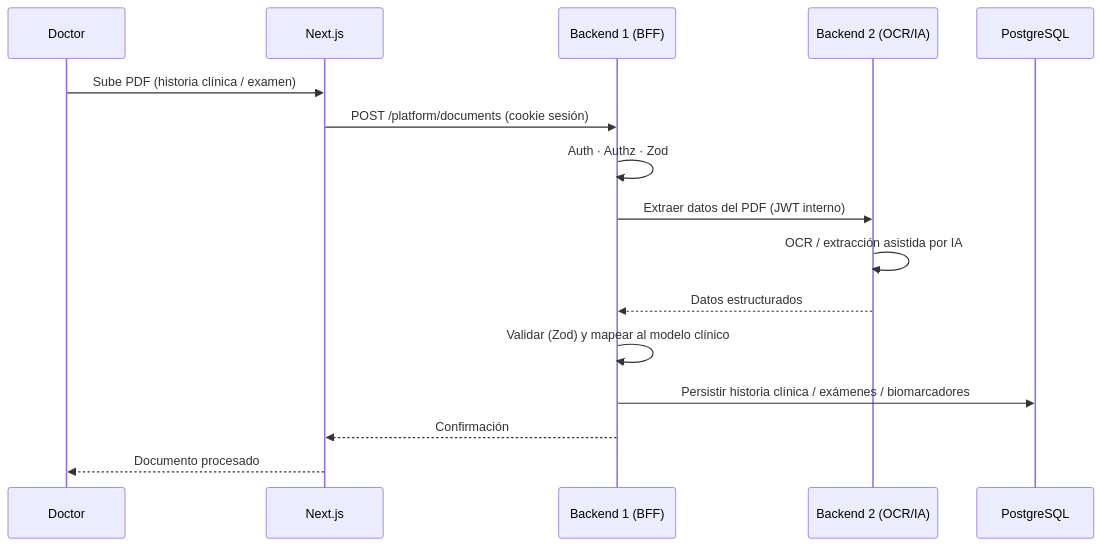
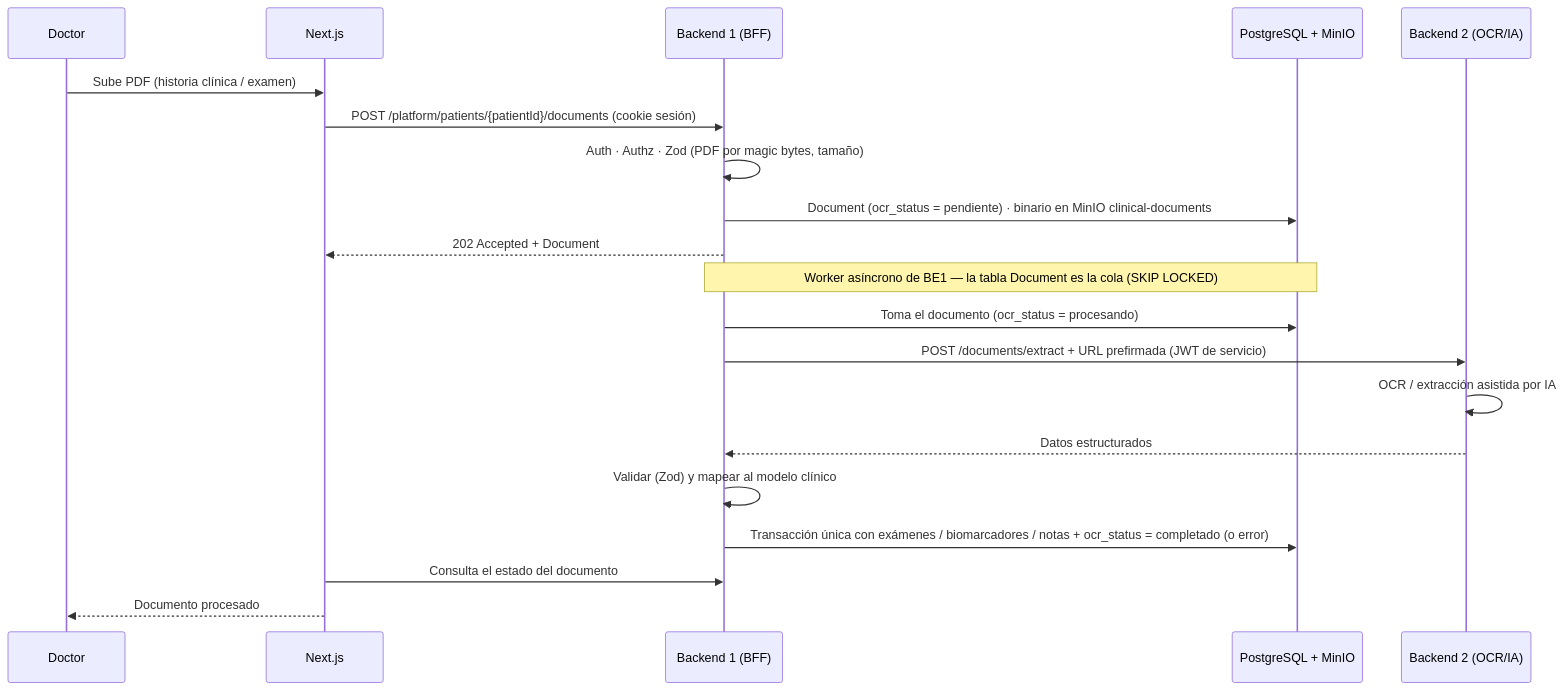
One commit to hatrickmario/OncoLens-Lab changed the second of 7 diagrams in readme.md. Above: the diagram before and after it, drawn with Mermaid. The commit also changed other lines of this file and 2 other files, not shown here.

````diff
--- a/readme.md
+++ b/readme.md
@@ -180,19 +180,23 @@
 ```mermaid
 sequenceDiagram
     participant D as Doctor
     participant FE as Next.js
     participant BE1 as Backend 1 (BFF)
+    participant PG as PostgreSQL + MinIO
     participant BE2 as Backend 2 (OCR/IA)
-    participant PG as PostgreSQL
 
     D->>FE: Sube PDF (historia clínica / examen)
-    FE->>BE1: POST /platform/documents (cookie sesión)
-    BE1->>BE1: Auth · Authz · Zod
-    BE1->>BE2: Extraer datos del PDF (JWT interno)
+    FE->>BE1: POST /platform/patients/{patientId}/documents (cookie sesión)
+    BE1->>BE1: Auth · Authz · Zod (PDF por magic bytes, tamaño)
+    BE1->>PG: Document (ocr_status = pendiente) · binario en MinIO clinical-documents
+    BE1-->>FE: 202 Accepted + Document
+    Note over BE1,PG: Worker asíncrono de BE1 — la tabla Document es la cola (SKIP LOCKED)
+    BE1->>PG: Toma el documento (ocr_status = procesando)
+    BE1->>BE2: POST /documents/extract + URL prefirmada (JWT de servicio)
     BE2->>BE2: OCR / extracción asistida por IA
     BE2-->>BE1: Datos estructurados
     BE1->>BE1: Validar (Zod) y mapear al modelo clínico
-    BE1->>PG: Persistir historia clínica / exámenes / biomarcadores
-    BE1-->>FE: Confirmación
+    BE1->>PG: Transacción única con exámenes / biomarcadores / notas + ocr_status = completado (o error)
+    FE->>BE1: Consulta el estado del documento
     FE-->>D: Documento procesado
 ```
````
